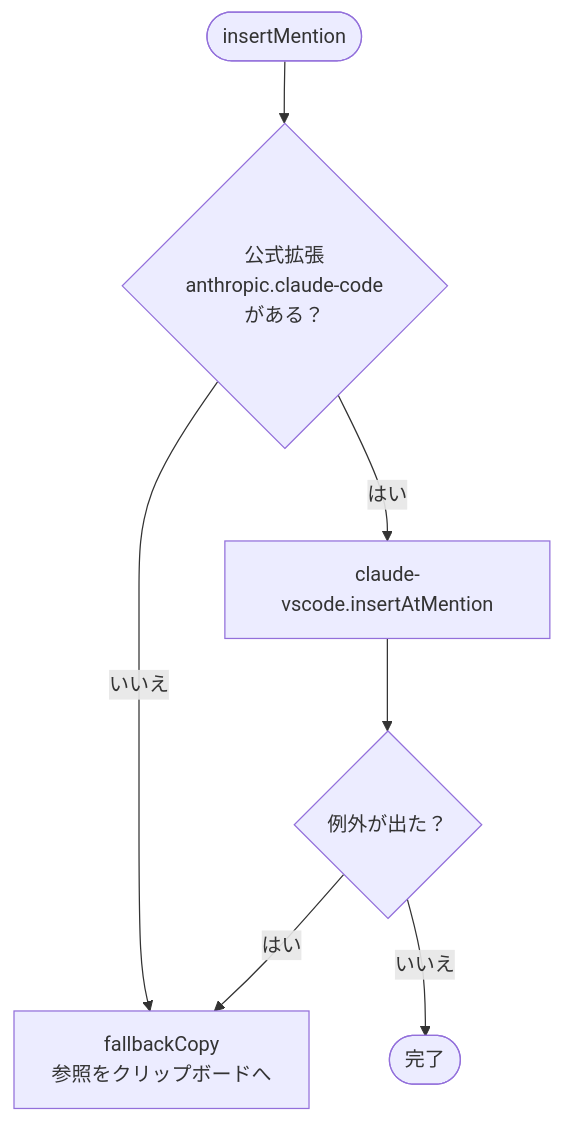
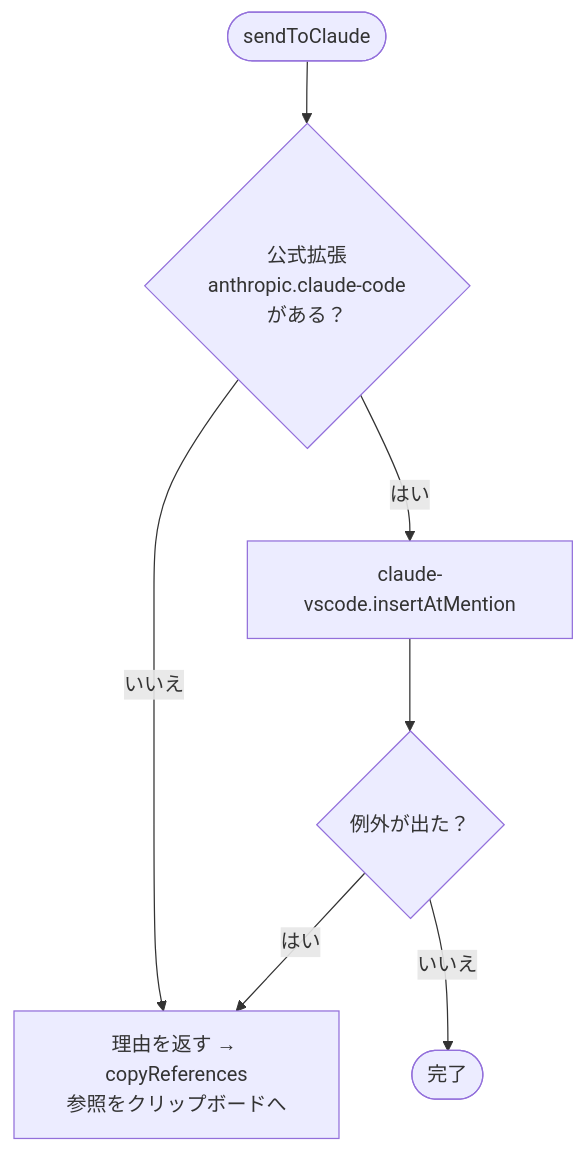
One commit to kip2/refs-to-chat changed the fifth of 6 diagrams in docs/ARCHITECTURE.md. Above: the diagram before and after it, drawn with Mermaid. The commit also changed other lines of this file and 9 other files, not shown here.

````diff
--- a/docs/ARCHITECTURE.md
+++ b/docs/ARCHITECTURE.md
@@ -167,9 +182,9 @@
 ```mermaid
 flowchart TD
-  S([insertMention]) --> Q1{公式拡張<br/>anthropic.claude-code<br/>がある？}
-  Q1 -- いいえ --> F[fallbackCopy<br/>参照をクリップボードへ]
+  S([sendToClaude]) --> Q1{公式拡張<br/>anthropic.claude-code<br/>がある？}
+  Q1 -- いいえ --> F[理由を返す → copyReferences<br/>参照をクリップボードへ]
   Q1 -- はい --> P[claude-vscode.insertAtMention]
   P --> Q3{例外が出た？}
   Q3 -- はい --> F
   Q3 -- いいえ --> OK([完了])
 ```
````
